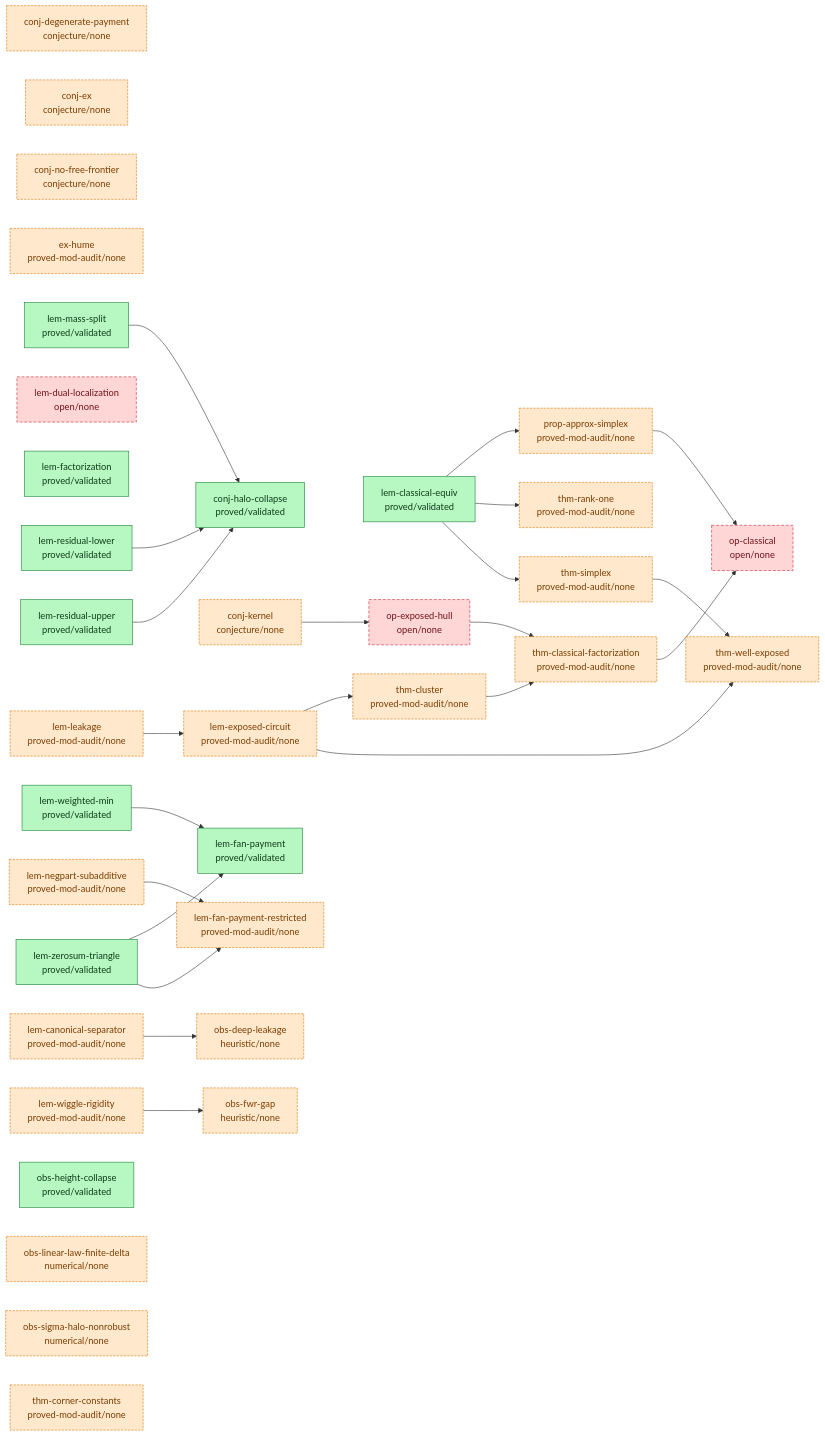
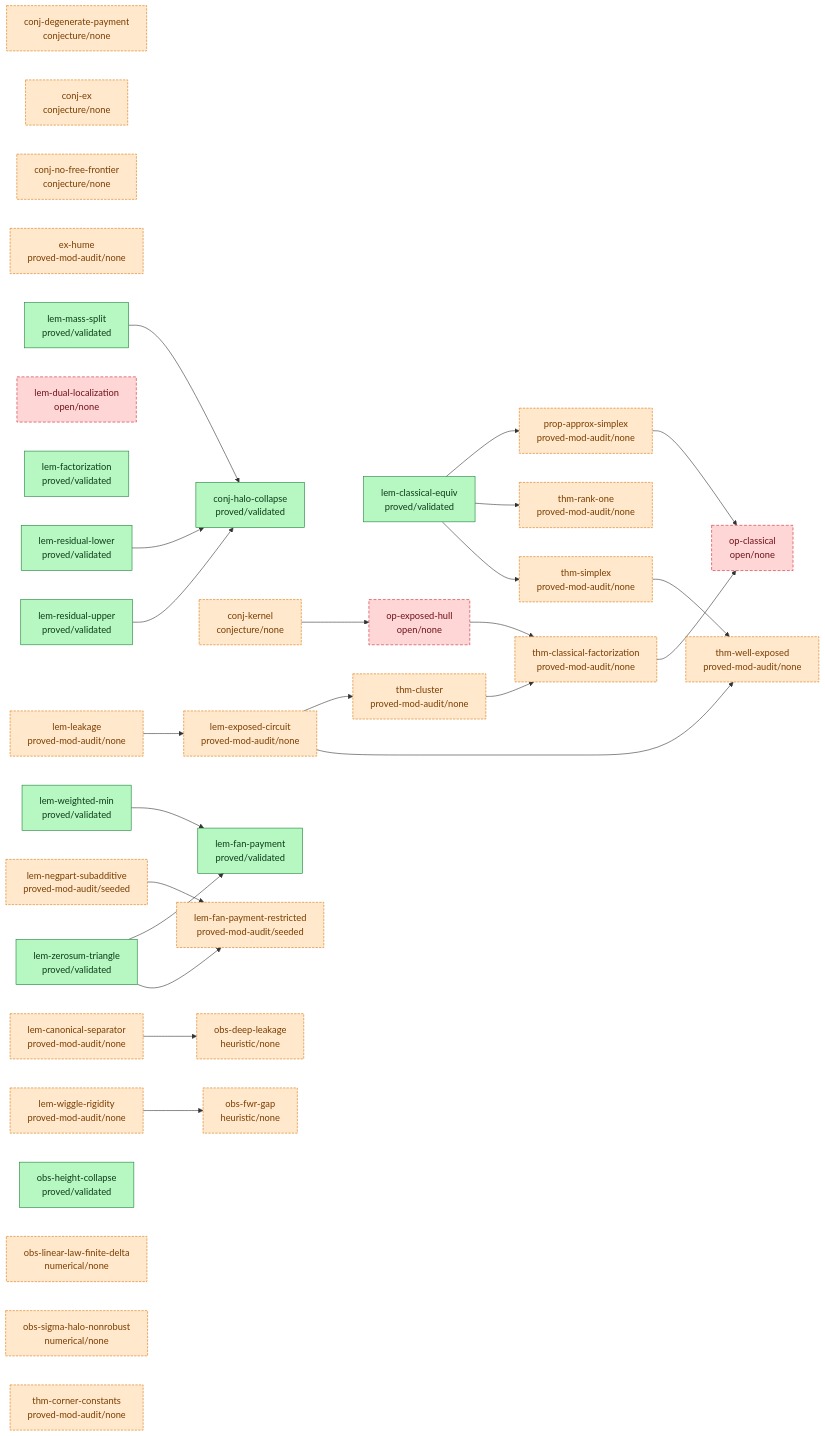
Before and after one commit to tobiasosborne/almost-idempotent-stochastic-maps: the diagram in argument/DAG.md, drawn with Mermaid. The commit also changed 13 other files, not shown here.

First line of the commit message:
Seed af workspaces for DRF + subadditivity dep (af: none->seeded)

````diff
--- a/argument/DAG.md
+++ b/argument/DAG.md
@@ -6,69 +6,69 @@
 ```mermaid
 graph LR
   classDef validated fill:#b7f7c2,stroke:#1a7f37,color:#0b3d18;
   classDef proved fill:#cfe3ff,stroke:#0969da,color:#0a3069;
   classDef seeded fill:#fff3c4,stroke:#bf8700,color:#5a4500;
   classDef stated fill:#eaecef,stroke:#8b949e,color:#24292f;
   classDef cited fill:#e7d6ff,stroke:#8250df,color:#3b1a73;
   classDef nonrigorous fill:#ffe8cc,stroke:#d97706,color:#7a3d00,stroke-dasharray:4 2;
   classDef open fill:#ffd6d6,stroke:#cf222e,color:#6e1119,stroke-dasharray:5 3;
   conj-degenerate-payment["conj-degenerate-payment<br/>conjecture/none"]
   conj-ex["conj-ex<br/>conjecture/none"]
   conj-halo-collapse["conj-halo-collapse<br/>proved/validated"]
   conj-kernel["conj-kernel<br/>conjecture/none"]
   conj-no-free-frontier["conj-no-free-frontier<br/>conjecture/none"]
   ex-hume["ex-hume<br/>proved-mod-audit/none"]
   lem-canonical-separator["lem-canonical-separator<br/>proved-mod-audit/none"]
   lem-classical-equiv["lem-classical-equiv<br/>proved/validated"]
   lem-dual-localization["lem-dual-localization<br/>open/none"]
   lem-exposed-circuit["lem-exposed-circuit<br/>proved-mod-audit/none"]
   lem-factorization["lem-factorization<br/>proved/validated"]
   lem-fan-payment["lem-fan-payment<br/>proved/validated"]
-  lem-fan-payment-restricted["lem-fan-payment-restricted<br/>proved-mod-audit/none"]
+  lem-fan-payment-restricted["lem-fan-payment-restricted<br/>proved-mod-audit/seeded"]
   lem-leakage["lem-leakage<br/>proved-mod-audit/none"]
   lem-mass-split["lem-mass-split<br/>proved/validated"]
-  lem-negpart-subadditive["lem-negpart-subadditive<br/>proved-mod-audit/none"]
+  lem-negpart-subadditive["lem-negpart-subadditive<br/>proved-mod-audit/seeded"]
   lem-residual-lower["lem-residual-lower<br/>proved/validated"]
   lem-residual-upper["lem-residual-upper<br/>proved/validated"]
   lem-weighted-min["lem-weighted-min<br/>proved/validated"]
   lem-wiggle-rigidity["lem-wiggle-rigidity<br/>proved-mod-audit/none"]
   lem-zerosum-triangle["lem-zerosum-triangle<br/>proved/validated"]
   obs-deep-leakage["obs-deep-leakage<br/>heuristic/none"]
   obs-fwr-gap["obs-fwr-gap<br/>heuristic/none"]
   obs-height-collapse["obs-height-collapse<br/>proved/validated"]
   obs-linear-law-finite-delta["obs-linear-law-finite-delta<br/>numerical/none"]
   obs-sigma-halo-nonrobust["obs-sigma-halo-nonrobust<br/>numerical/none"]
   op-classical["op-classical<br/>open/none"]
   op-exposed-hull["op-exposed-hull<br/>open/none"]
   prop-approx-simplex["prop-approx-simplex<br/>proved-mod-audit/none"]
   thm-classical-factorization["thm-classical-factorization<br/>proved-mod-audit/none"]
   thm-cluster["thm-cluster<br/>proved-mod-audit/none"]
   thm-corner-constants["thm-corner-constants<br/>proved-mod-audit/none"]
   thm-rank-one["thm-rank-one<br/>proved-mod-audit/none"]
   thm-simplex["thm-simplex<br/>proved-mod-audit/none"]
   thm-well-exposed["thm-well-exposed<br/>proved-mod-audit/none"]
   conj-kernel --> op-exposed-hull
   lem-canonical-separator --> obs-deep-leakage
   lem-classical-equiv --> prop-approx-simplex
   lem-classical-equiv --> thm-rank-one
   lem-classical-equiv --> thm-simplex
   lem-exposed-circuit --> thm-cluster
   lem-exposed-circuit --> thm-well-exposed
   lem-leakage --> lem-exposed-circuit
   lem-mass-split --> conj-halo-collapse
   lem-negpart-subadditive --> lem-fan-payment-restricted
   lem-residual-lower --> conj-halo-collapse
   lem-residual-upper --> conj-halo-collapse
   lem-weighted-min --> lem-fan-payment
   lem-wiggle-rigidity --> obs-fwr-gap
   lem-zerosum-triangle --> lem-fan-payment
   lem-zerosum-triangle --> lem-fan-payment-restricted
   op-exposed-hull --> thm-classical-factorization
   prop-approx-simplex --> op-classical
   thm-classical-factorization --> op-classical
   thm-cluster --> thm-classical-factorization
   thm-simplex --> thm-well-exposed
   class conj-halo-collapse,lem-classical-equiv,lem-factorization,lem-fan-payment,lem-mass-split,lem-residual-lower,lem-residual-upper,lem-weighted-min,lem-zerosum-triangle,obs-height-collapse validated;
   class conj-degenerate-payment,conj-ex,conj-kernel,conj-no-free-frontier,ex-hume,lem-canonical-separator,lem-exposed-circuit,lem-fan-payment-restricted,lem-leakage,lem-negpart-subadditive,lem-wiggle-rigidity,obs-deep-leakage,obs-fwr-gap,obs-linear-law-finite-delta,obs-sigma-halo-nonrobust,prop-approx-simplex,thm-classical-factorization,thm-cluster,thm-corner-constants,thm-rank-one,thm-simplex,thm-well-exposed nonrigorous;
   class lem-dual-localization,op-classical,op-exposed-hull open;
 ```
````
